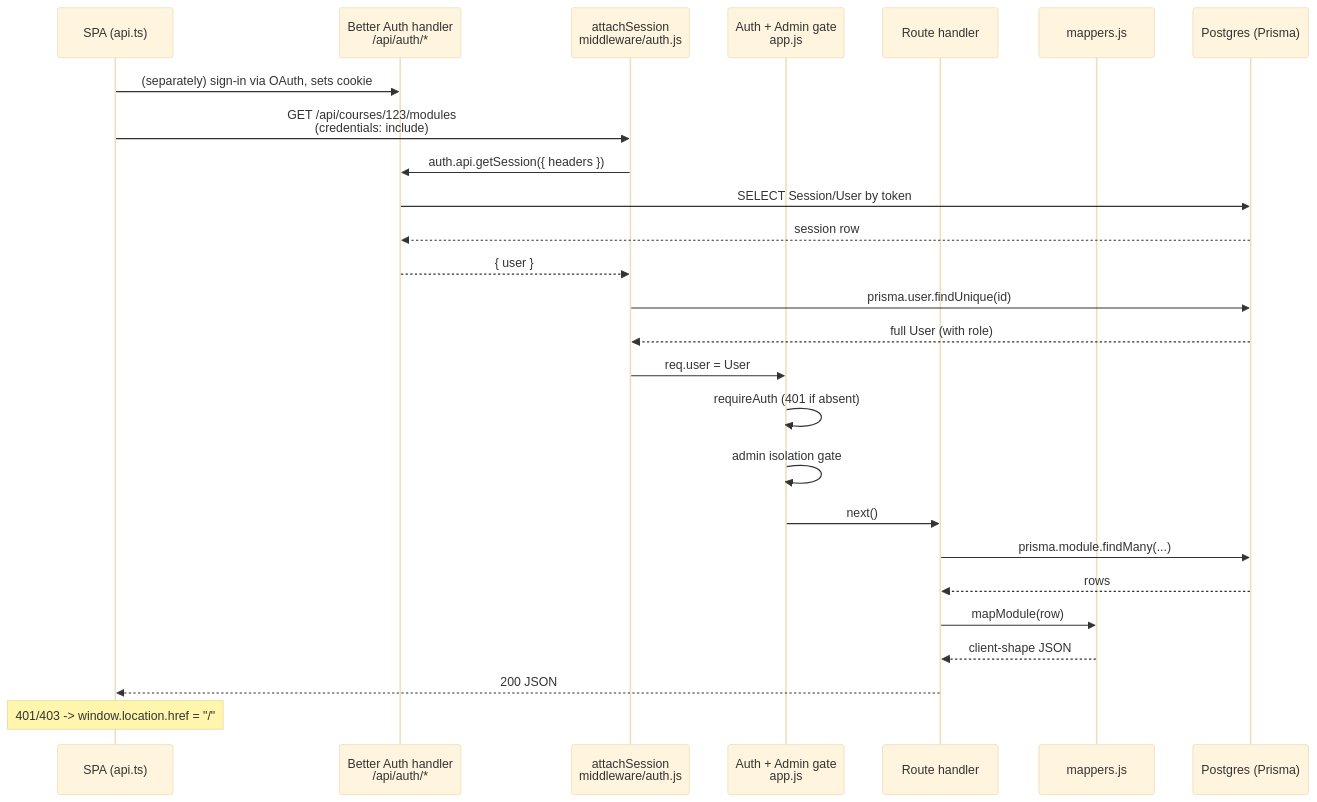
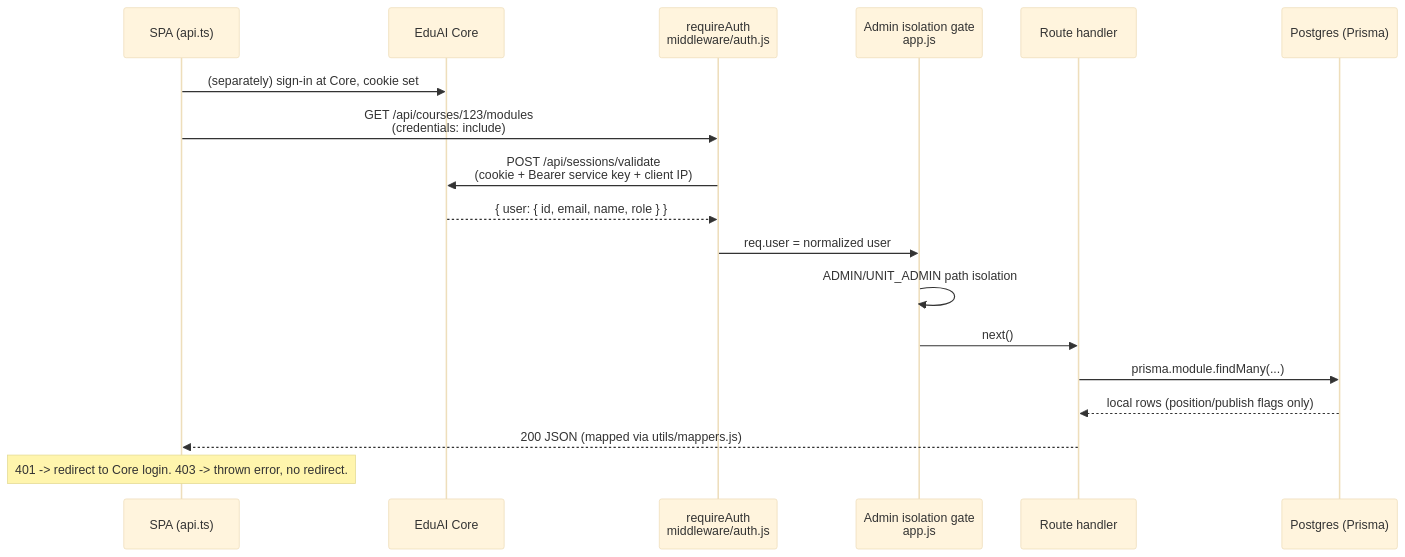
One commit to EduAI-Lab/EduAI changed the second of 4 diagrams in apps/extensions/ai-tutor/docs/ARCHITECTURE.md. Above: the diagram before and after it, drawn with Mermaid (base theme). The commit also changed other lines of this file and 10 other files, not shown here.

````diff
--- a/apps/extensions/ai-tutor/docs/ARCHITECTURE.md
+++ b/apps/extensions/ai-tutor/docs/ARCHITECTURE.md
@@ -77,29 +125,21 @@
 ```mermaid
 sequenceDiagram
     participant SPA as SPA (api.ts)
-    participant BA as Better Auth handler<br/>/api/auth/*
-    participant MW as attachSession<br/>middleware/auth.js
-    participant Gate as Auth + Admin gate<br/>app.js
+    participant Core as EduAI Core
+    participant MW as requireAuth<br/>middleware/auth.js
+    participant Gate as Admin isolation gate<br/>app.js
     participant Route as Route handler
-    participant Map as mappers.js
     participant DB as Postgres (Prisma)
 
-    SPA->>BA: (separately) sign-in via OAuth, sets cookie
+    SPA->>Core: (separately) sign-in at Core, cookie set
     SPA->>MW: GET /api/courses/123/modules<br/>(credentials: include)
-    MW->>BA: auth.api.getSession({ headers })
-    BA->>DB: SELECT Session/User by token
-    DB-->>BA: session row
-    BA-->>MW: { user }
-    MW->>DB: prisma.user.findUnique(id)
-    DB-->>MW: full User (with role)
-    MW->>Gate: req.user = User
-    Gate->>Gate: requireAuth (401 if absent)
-    Gate->>Gate: admin isolation gate
+    MW->>Core: POST /api/sessions/validate<br/>(cookie + Bearer service key + client IP)
+    Core-->>MW: { user: { id, email, name, role } }
+    MW->>Gate: req.user = normalized user
+    Gate->>Gate: ADMIN/UNIT_ADMIN path isolation
     Gate->>Route: next()
     Route->>DB: prisma.module.findMany(...)
-    DB-->>Route: rows
-    Route->>Map: mapModule(row)
-    Map-->>Route: client-shape JSON
-    Route-->>SPA: 200 JSON
-    Note over SPA: 401/403 -> window.location.href = "/"
+    DB-->>Route: local rows (position/publish flags only)
+    Route-->>SPA: 200 JSON (mapped via utils/mappers.js)
+    Note over SPA: 401 -> redirect to Core login. 403 -> thrown error, no redirect.
 ```
````
